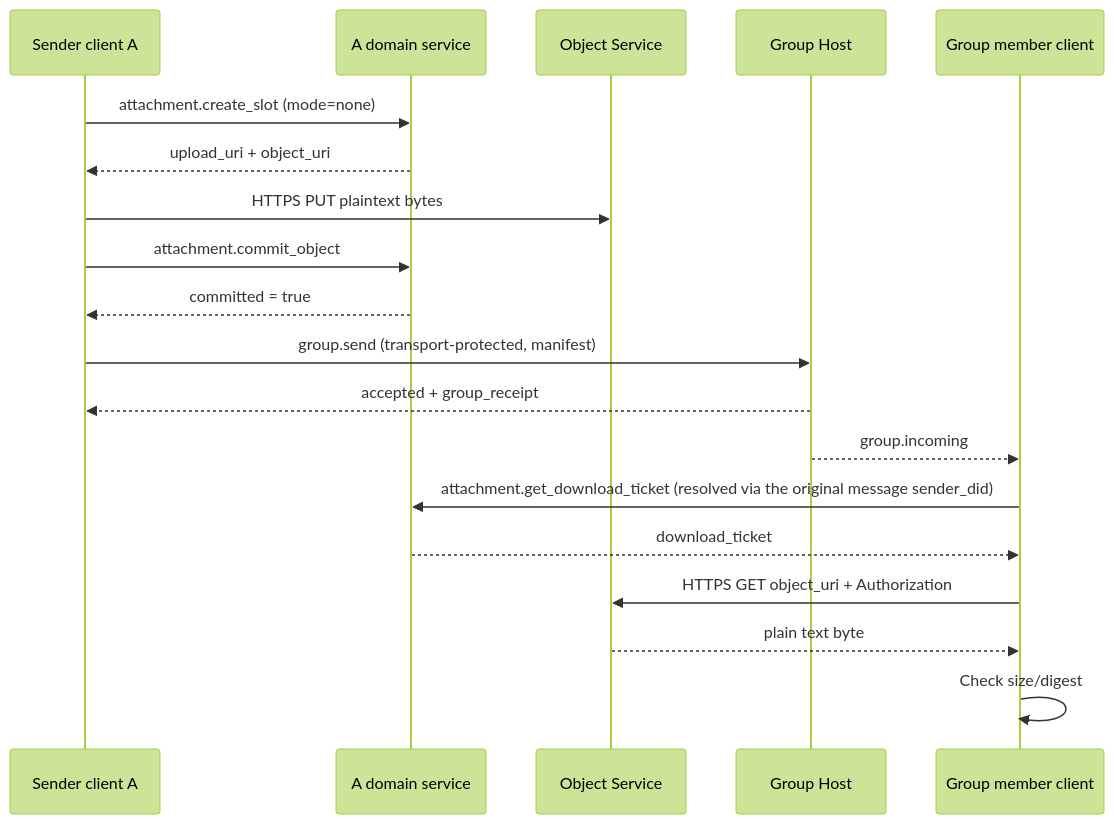
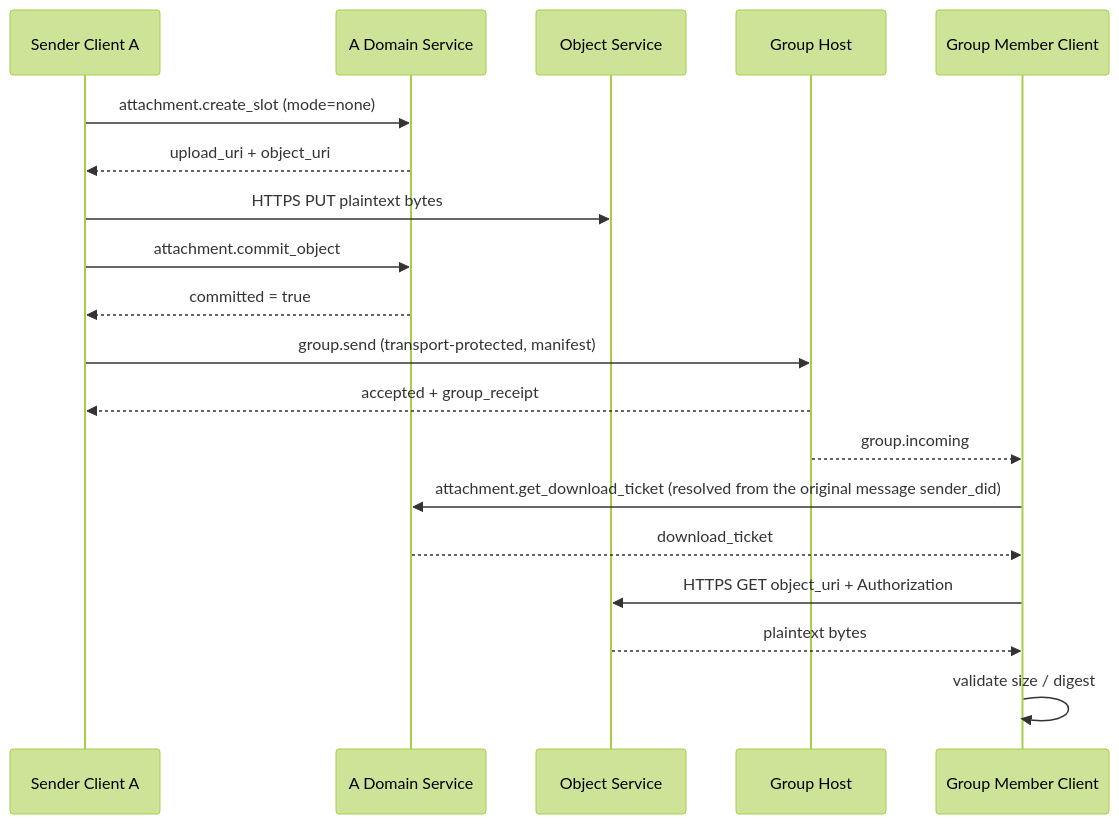
The fourth of 5 diagrams in message/07-attachments-and-object-transfer.md (NeatNerdPrime/AgentNetworkProtocol), drawn with Mermaid (forest theme) before and after one commit. The commit also changed other lines of this file and 7 other files, not shown here.

````diff
--- a/message/07-attachments-and-object-transfer.md
+++ b/message/07-attachments-and-object-transfer.md
@@ -248,22 +248,22 @@
 ```mermaid
 sequenceDiagram
-    participant A as Sender client A
-    participant AS as A domain service
+    participant A as Sender Client A
+    participant AS as A Domain Service
     participant OS as Object Service
     participant GH as Group Host
-    participant M as Group member client
+    participant M as Group Member Client
 
     A->>AS: attachment.create_slot (mode=none)
     AS-->>A: upload_uri + object_uri
     A->>OS: HTTPS PUT plaintext bytes
     A->>AS: attachment.commit_object
     AS-->>A: committed = true
     A->>GH: group.send (transport-protected, manifest)
     GH-->>A: accepted + group_receipt
     GH-->>M: group.incoming
-    M->>AS: attachment.get_download_ticket (resolved via the original message sender_did)
+    M->>AS: attachment.get_download_ticket (resolved from the original message sender_did)
     AS-->>M: download_ticket
     M->>OS: HTTPS GET object_uri + Authorization
-    OS-->>M: plain text byte
-    M->>M: Check size/digest
+    OS-->>M: plaintext bytes
+    M->>M: validate size / digest
 ```
````
